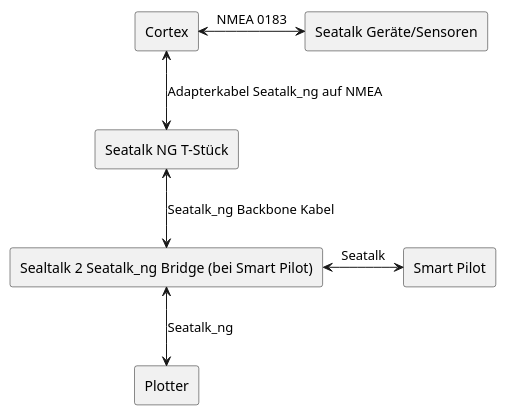
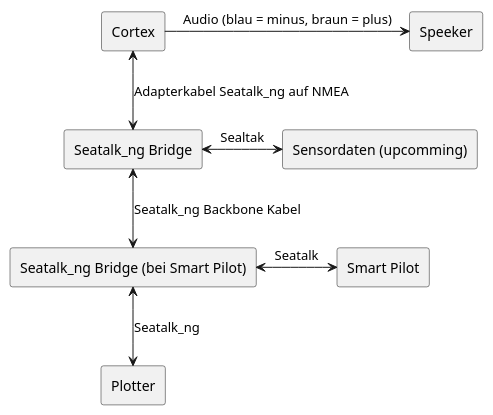
The first of 3 diagrams in datenfluss.plantuml (i7i5/knidos-notices), drawn with PlantUML before and after one commit. The commit also changed other lines of this file and 3 other files, not shown here.

Commit message:
updateed cortex data flow

```diff
--- a/datenfluss.plantuml
+++ b/datenfluss.plantuml
@@ -14,19 +1,19 @@
 @startuml cortex_network
 skinparam shadowing false
 skinparam componentStyle rectangle
 
 [Cortex] as CORTEX
-[Seatalk NG T-Stück] as SEATALK_NG_T
-[Sealtalk 2 Seatalk_ng Bridge (bei Smart Pilot)] as SEATALK_NG_BRIDGE
-[Seatalk Geräte/Sensoren] as SEATALK_CONSUMER_PROVIDER
+[Seatalk_ng Bridge] as SEATALK_NG_BRIDGE_C
+[Seatalk_ng Bridge (bei Smart Pilot)] as SEATALK_NG_BRIDGE
 [Plotter] as PLOTTER
 [Smart Pilot] as SMART_PILOT
+[Sensordaten (upcomming)] as SENSOR_DATA
 
-CORTEX <-down-> SEATALK_NG_T: Adapterkabel Seatalk_ng auf NMEA
-SEATALK_NG_T <-down-> SEATALK_NG_BRIDGE: Seatalk_ng Backbone Kabel
+CORTEX <-down-> SEATALK_NG_BRIDGE_C: Adapterkabel Seatalk_ng auf NMEA
+SEATALK_NG_BRIDGE_C <-down-> SEATALK_NG_BRIDGE: Seatalk_ng Backbone Kabel
+SEATALK_NG_BRIDGE_C <-right-> SENSOR_DATA: Sealtak
 SEATALK_NG_BRIDGE <-down-> PLOTTER: Seatalk_ng
 SEATALK_NG_BRIDGE <-right-> SMART_PILOT: Seatalk
-
-CORTEX <-right-> SEATALK_CONSUMER_PROVIDER: NMEA 0183
+CORTEX -right-> [Speeker]: Audio (blau = minus, braun = plus)
 
 @enduml
```
